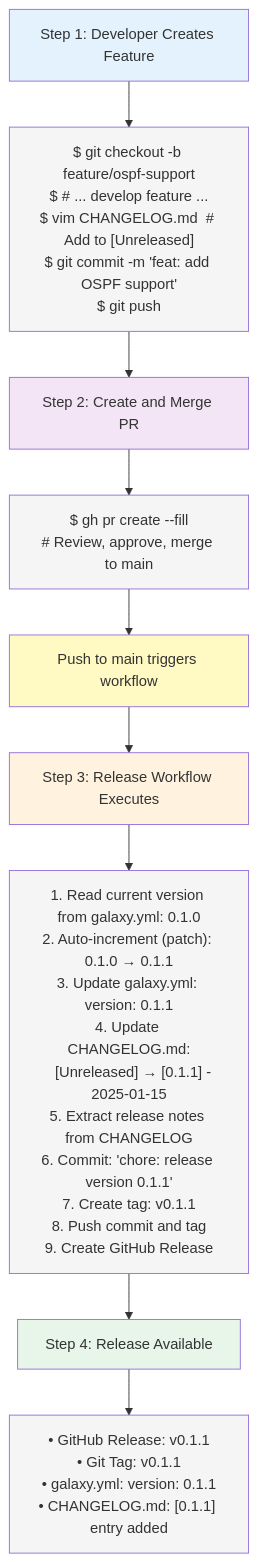
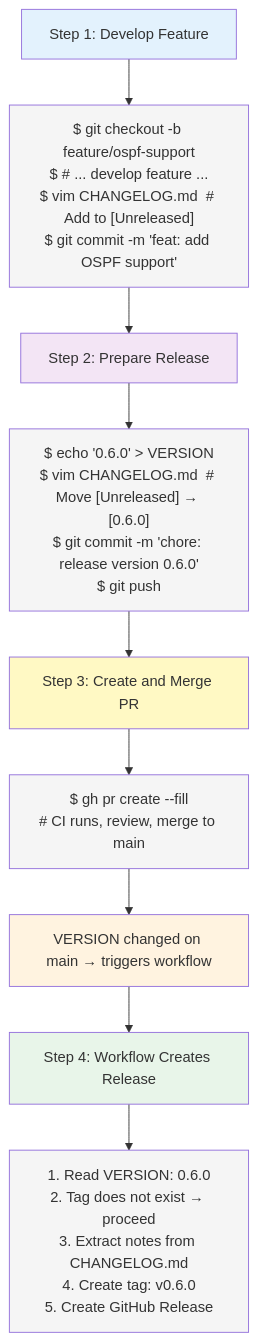
One commit to aopdal/ansible-role-aruba-cx-switch changed the second of 5 diagrams in docs/RELEASE_INTEGRATION.md. Above: the diagram before and after it, drawn with Mermaid. The commit also changed other lines of this file and 3 other files, not shown here.

First line of the commit message:
docs: update release docs for new workflow

````diff
--- a/docs/RELEASE_INTEGRATION.md
+++ b/docs/RELEASE_INTEGRATION.md
@@ -252,35 +148,35 @@
 ```mermaid
 flowchart TD
-    Step1[Step 1: Developer Creates Feature]
-    Step1_Details["$ git checkout -b feature/ospf-support<br/>$ # ... develop feature ...<br/>$ vim CHANGELOG.md  # Add to [Unreleased]<br/>$ git commit -m 'feat: add OSPF support'<br/>$ git push"]
+    Step1[Step 1: Develop Feature]
+    Step1_Details["$ git checkout -b feature/ospf-support<br/>$ # ... develop feature ...<br/>$ vim CHANGELOG.md  # Add to [Unreleased]<br/>$ git commit -m 'feat: add OSPF support'"]
 
-    Step2[Step 2: Create and Merge PR]
-    Step2_Details["$ gh pr create --fill<br/># Review, approve, merge to main"]
+    Step2[Step 2: Prepare Release]
+    Step2_Details["$ echo '0.6.0' > VERSION<br/>$ vim CHANGELOG.md  # Move [Unreleased] → [0.6.0]<br/>$ git commit -m 'chore: release version 0.6.0'<br/>$ git push"]
 
-    Trigger[Push to main triggers workflow]
+    Step3[Step 3: Create and Merge PR]
+    Step3_Details["$ gh pr create --fill<br/># CI runs, review, merge to main"]
 
-    Step3[Step 3: Release Workflow Executes]
-    Step3_Details["1. Read current version from galaxy.yml: 0.1.0<br/>2. Auto-increment (patch): 0.1.0 → 0.1.1<br/>3. Update galaxy.yml: version: 0.1.1<br/>4. Update CHANGELOG.md:<br/>   [Unreleased] → [0.1.1] - 2025-01-15<br/>5. Extract release notes from CHANGELOG<br/>6. Commit: 'chore: release version 0.1.1'<br/>7. Create tag: v0.1.1<br/>8. Push commit and tag<br/>9. Create GitHub Release"]
+    Trigger[VERSION changed on main → triggers workflow]
 
-    Step4[Step 4: Release Available]
-    Step4_Details["• GitHub Release: v0.1.1<br/>• Git Tag: v0.1.1<br/>• galaxy.yml: version: 0.1.1<br/>• CHANGELOG.md: [0.1.1] entry added"]
+    Step4[Step 4: Workflow Creates Release]
+    Step4_Details["1. Read VERSION: 0.6.0<br/>2. Tag does not exist → proceed<br/>3. Extract notes from CHANGELOG.md<br/>4. Create tag: v0.6.0<br/>5. Create GitHub Release"]
 
     Step1 --> Step1_Details
     Step1_Details --> Step2
     Step2 --> Step2_Details
-    Step2_Details --> Trigger
-    Trigger --> Step3
+    Step2_Details --> Step3
     Step3 --> Step3_Details
-    Step3_Details --> Step4
+    Step3_Details --> Trigger
+    Trigger --> Step4
     Step4 --> Step4_Details
 
     style Step1 fill:#e3f2fd
     style Step2 fill:#f3e5f5
-    style Trigger fill:#fff9c4
-    style Step3 fill:#fff3e0
+    style Step3 fill:#fff9c4
+    style Trigger fill:#fff3e0
     style Step4 fill:#e8f5e9
     style Step1_Details fill:#f5f5f5
     style Step2_Details fill:#f5f5f5
     style Step3_Details fill:#f5f5f5
     style Step4_Details fill:#f5f5f5
 ```
````
